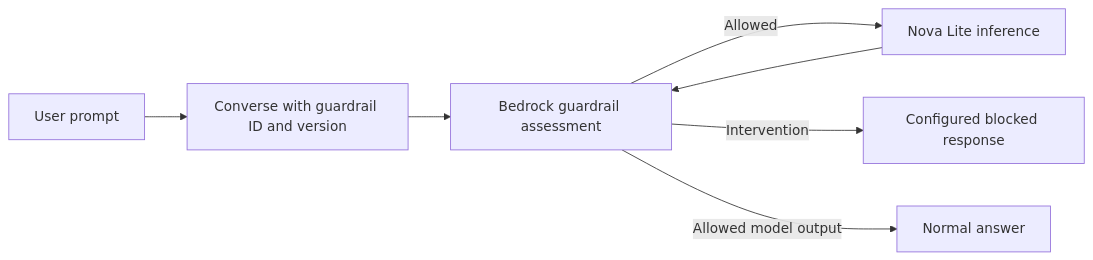
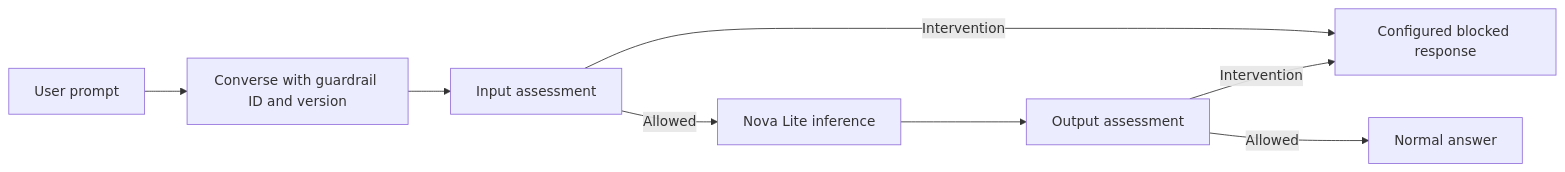
The fifth of 8 diagrams in README.md (yihanc09/IDS706-AWS-Bedrock), drawn with Mermaid before and after one commit. The commit also changed other lines of this file, not shown here.

````diff
--- a/README.md
+++ b/README.md
@@ -149,9 +159,10 @@
 ```mermaid
 flowchart LR
     U[User prompt] --> R[Converse with guardrail ID and version]
-    R --> G[Bedrock guardrail assessment]
-    G -->|Allowed| M[Nova Lite inference]
-    M --> G
-    G -->|Intervention| B[Configured blocked response]
-    G -->|Allowed model output| A[Normal answer]
+    R --> I[Input assessment]
+    I -->|Allowed| M[Nova Lite inference]
+    M --> O[Output assessment]
+    I -->|Intervention| B[Configured blocked response]
+    O -->|Intervention| B
+    O -->|Allowed| A[Normal answer]
 ```
````
